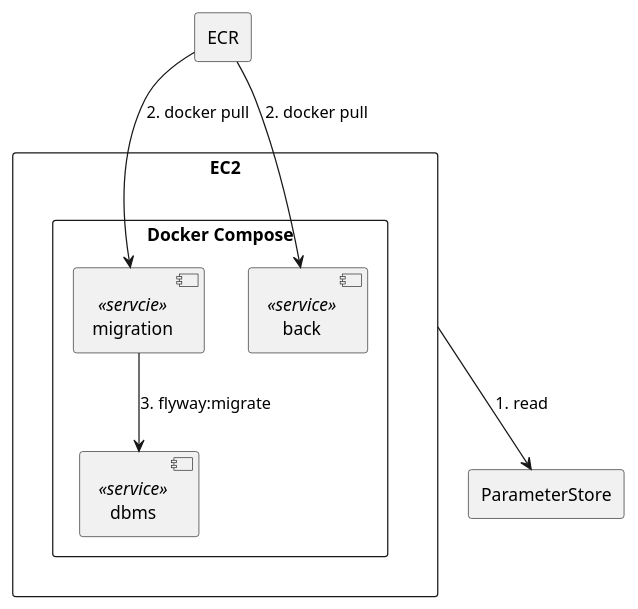
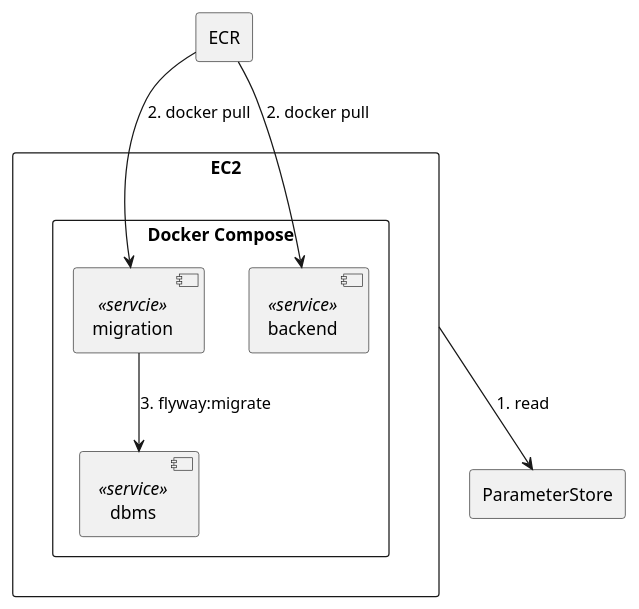
The diagram in svqk-doc/src/docs/asciidoc/ja/arch-desc/infra/deploy.pu (project-au-lait/svqk), drawn with PlantUML before and after one commit. The commit also changed 3 other files, not shown here.

```diff
--- a/svqk-doc/src/docs/asciidoc/ja/arch-desc/infra/deploy.pu
+++ b/svqk-doc/src/docs/asciidoc/ja/arch-desc/infra/deploy.pu
@@ -1,21 +1,21 @@
 
 rectangle ParameterStore
 rectangle ECR
 
 rectangle EC2 {
 
   EC2 --> ParameterStore: 1. read
 
   rectangle "Docker Compose" {
     component migration <<servcie>>
     ECR --> migration: 2. docker pull
 
-    component back <<service>>
-    ECR --> back: 2. docker pull
+    component backend <<service>>
+    ECR --> backend: 2. docker pull
 
     component dbms <<service>>
     migration --> dbms: 3. flyway:migrate
 
   }
 
 }
```
